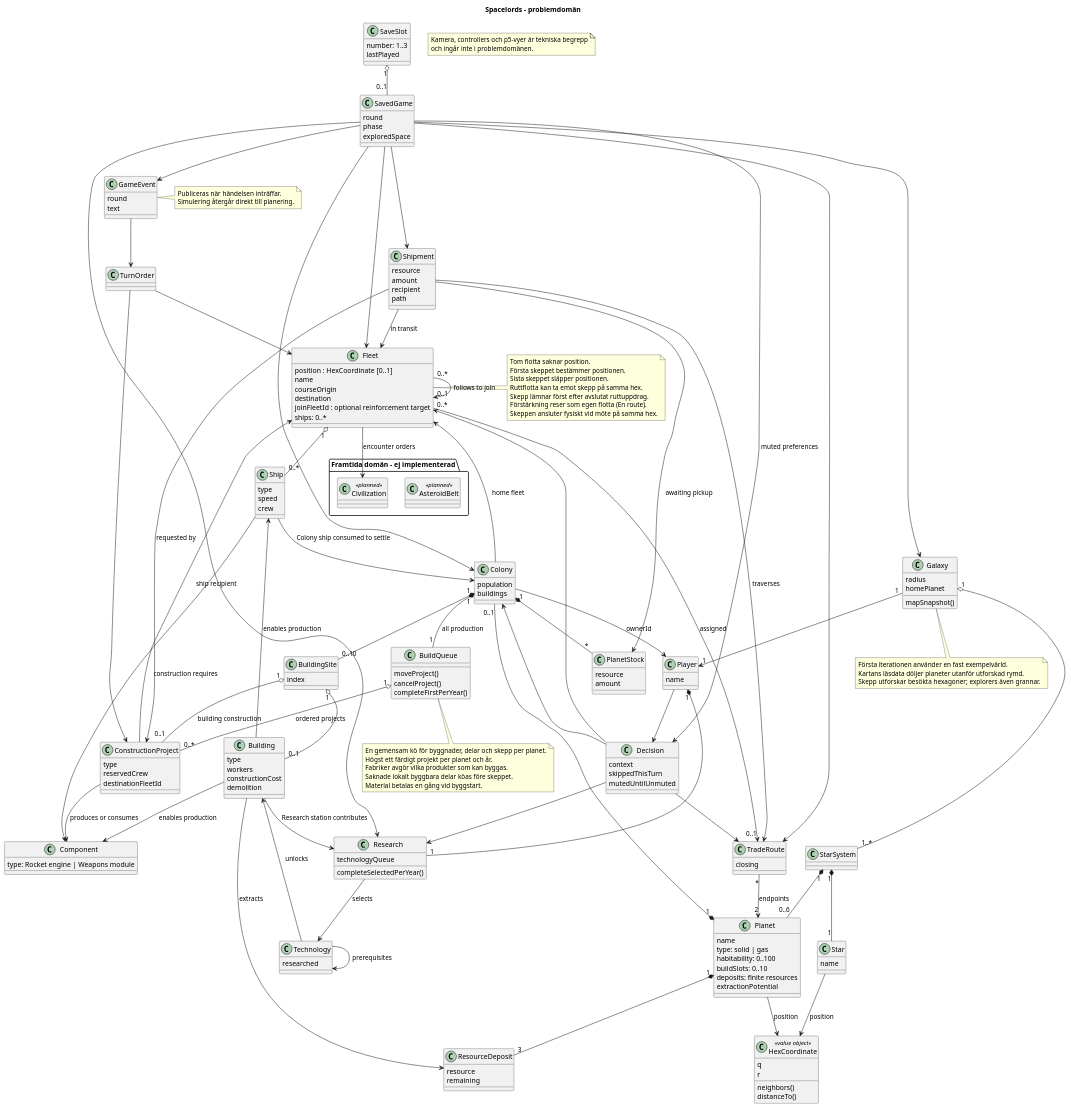
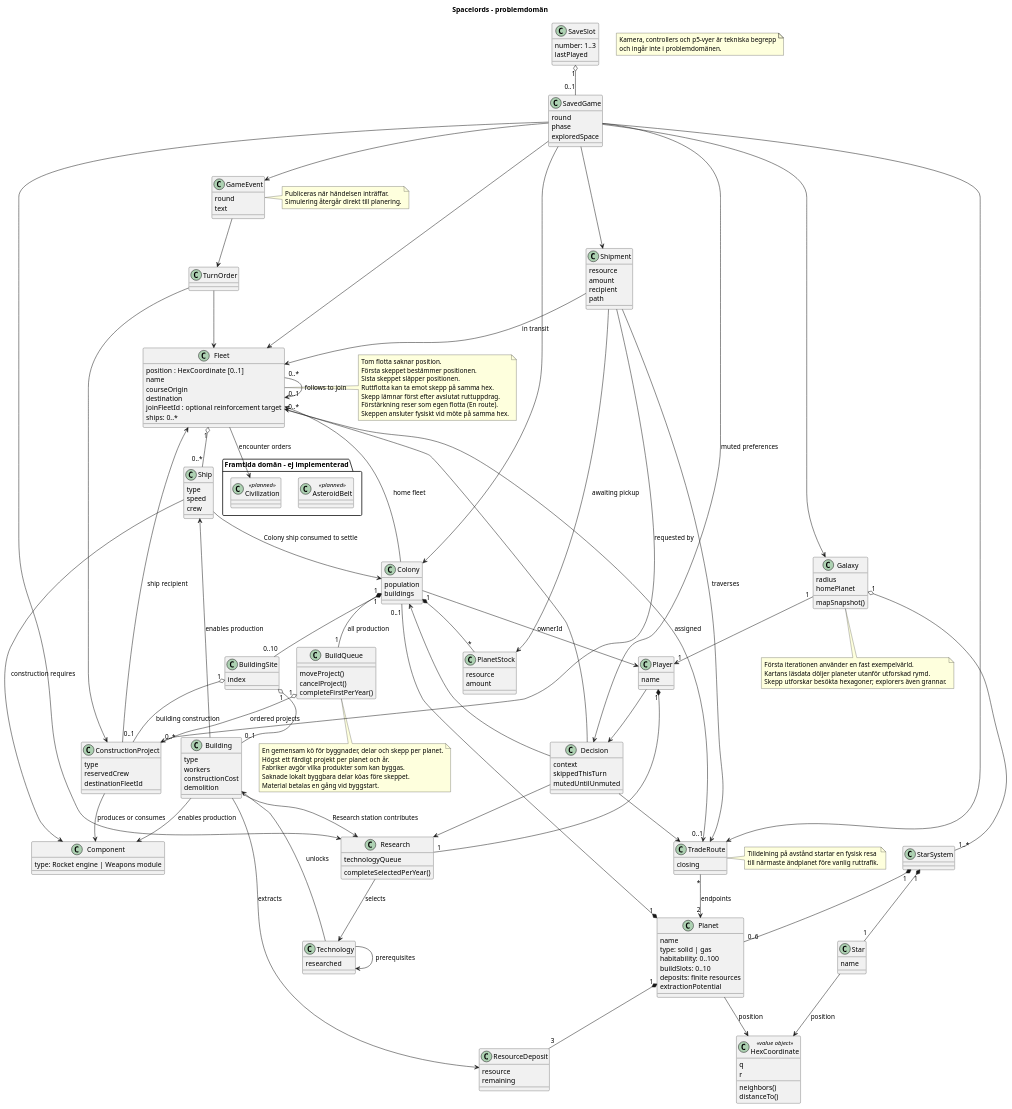
The diagram in docs/domain-model.puml (dntoll/spacelords), drawn with PlantUML before and after one commit. The commit also changed 11 other files, not shown here.

Commit message:
Let remote fleets travel to the nearest trade route endpoint

```diff
--- a/docs/domain-model.puml
+++ b/docs/domain-model.puml
@@ -174,6 +174,10 @@
 Colony "1" *-- "1" BuildQueue : all production
 TradeRoute "*" --> "2" Planet : endpoints
 TradeRoute "0..1" <-- "0..*" Fleet : assigned
+note right of TradeRoute
+  Tilldelning på avstånd startar en fysisk resa
+  till närmaste ändplanet före vanlig ruttrafik.
+end note
 Shipment --> Fleet : in transit
 Shipment --> PlanetStock : awaiting pickup
 Shipment --> ConstructionProject : requested by
```
